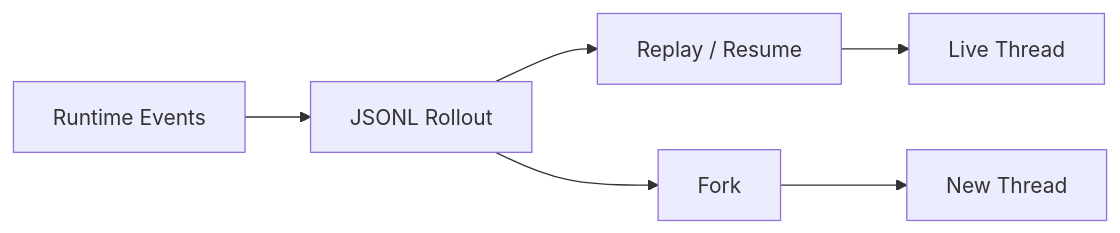
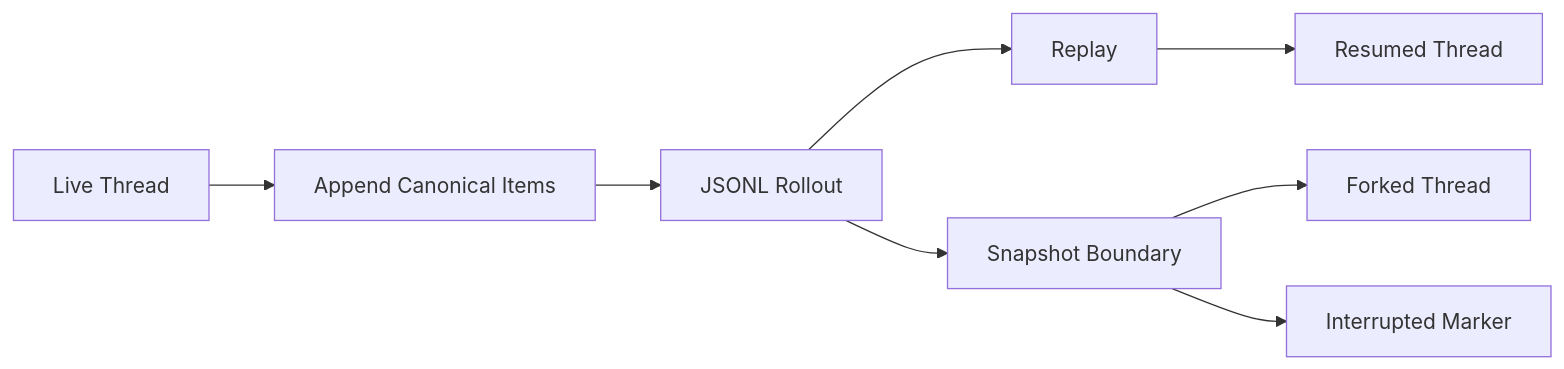
One commit to zz1403489227-crypto/learn-codex changed the diagram in s15_rollouts_resume_and_fork/README.md. Above: the diagram before and after it, drawn with Mermaid. The commit also changed other lines of this file and 5 other files, not shown here.

Commit message:
feat(s15): add rollouts resume fork lesson

````diff
--- a/s15_rollouts_resume_and_fork/README.md
+++ b/s15_rollouts_resume_and_fork/README.md
@@ -3,8 +3,10 @@
 ```mermaid
 flowchart LR
-    E["Runtime Events"] --> J["JSONL Rollout"]
-    J --> R["Replay / Resume"]
-    J --> F["Fork"]
-    R --> T["Live Thread"]
-    F --> T2["New Thread"]
+    T["Live Thread"] --> A["Append Canonical Items"]
+    A --> J["JSONL Rollout"]
+    J --> R["Replay"]
+    R --> S["Resumed Thread"]
+    J --> C["Snapshot Boundary"]
+    C --> F["Forked Thread"]
+    C --> I["Interrupted Marker"]
 ```
````
